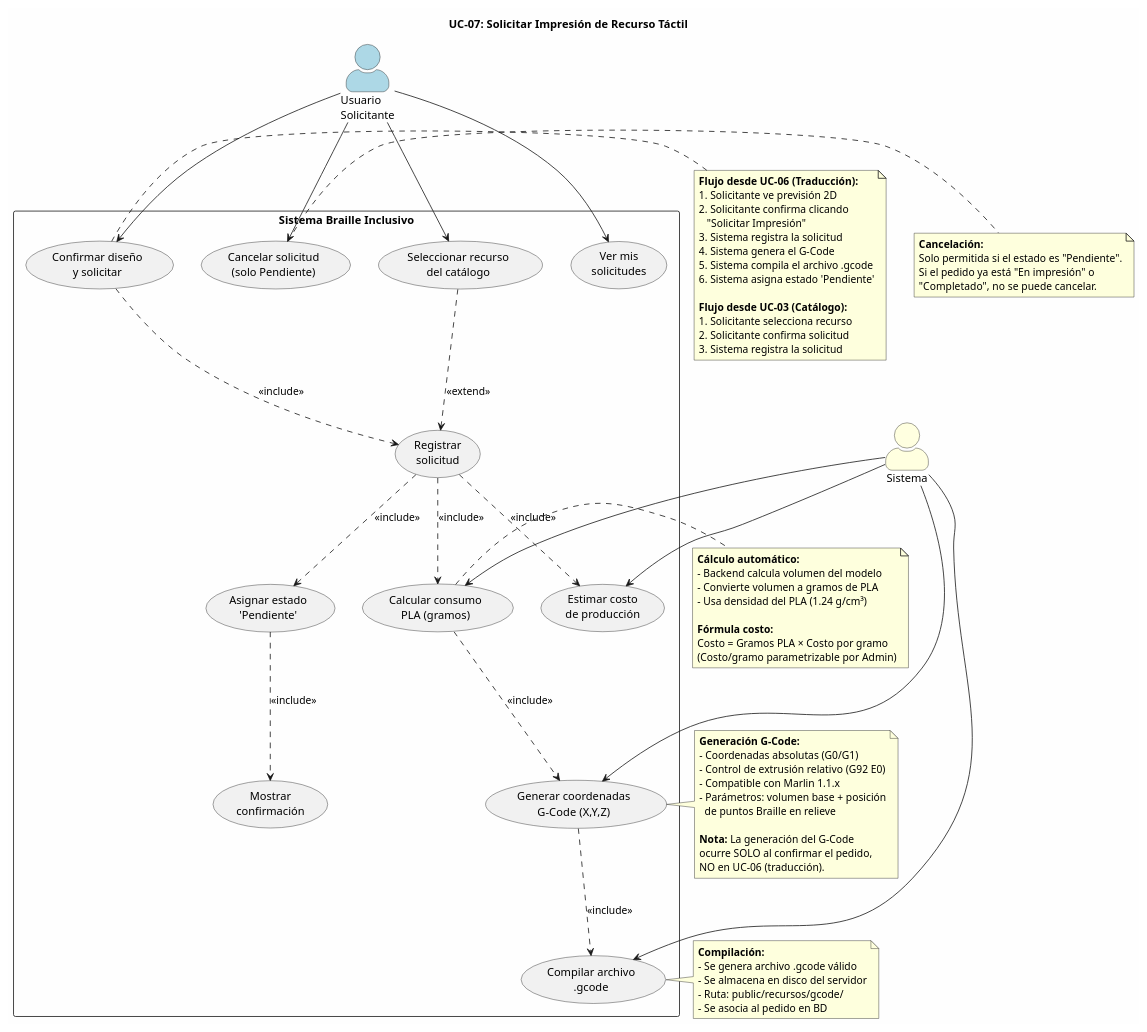
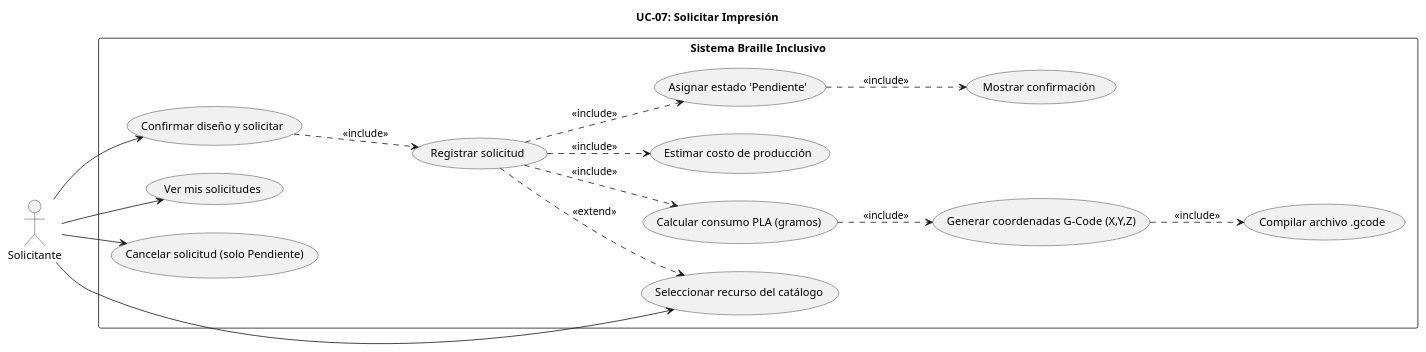
The diagram in docs/casos_de_uso/plantuml/UC07_solicitar_impresion.puml (ArlTechDev/sistema-3d-inclusivo), drawn with PlantUML before and after one commit. The commit also changed 53 other files, not shown here.

Commit message:
docs(casos): diagramas UML 2.5 académicos B/N (extend corregido, sin actor Sistema, escenarios fuera) + PNG/SVG

```diff
--- a/docs/casos_de_uso/plantuml/UC07_solicitar_impresion.puml
+++ b/docs/casos_de_uso/plantuml/UC07_solicitar_impresion.puml
@@ -1,113 +1,40 @@
 @startuml UC07_Solicitar_Impresion
-' =============================================
-' UC-07: Solicitar Impresión
-' Módulo 3: Gestión de Pedidos y Costos de Producción
-' Actor: Solicitante
-' =============================================
+title UC-07: Solicitar Impresión
 
-skinparam actorStyle awesome
-skinparam packageStyle rectangle
-skinparam backgroundColor #FEFEFE
+skinparam monochrome true
 skinparam shadowing false
+skinparam backgroundColor white
 
-title UC-07: Solicitar Impresión de Recurso Táctil
+left to right direction
 
-' === ACTORES ===
-actor "Usuario\nSolicitante" as S #LightBlue
-actor "Sistema" as SYS #LightYellow
+actor "Solicitante" as S
 
-' === SISTEMA ===
 rectangle "Sistema Braille Inclusivo" {
-
-    usecase "Confirmar diseño\ny solicitar" as UC07a
-    usecase "Seleccionar recurso\ndel catálogo" as UC07b
-    usecase "Registrar\nsolicitud" as UC07c
-    usecase "Calcular consumo\nPLA (gramos)" as UC07d
-    usecase "Estimar costo\nde producción" as UC07e
-    usecase "Generar coordenadas\nG-Code (X,Y,Z)" as UC07f
-    usecase "Compilar archivo\n.gcode" as UC07g
-    usecase "Asignar estado\n'Pendiente'" as UC07h
-    usecase "Mostrar\nconfirmación" as UC07i
-    usecase "Ver mis\nsolicitudes" as UC07j
-    usecase "Cancelar solicitud\n(solo Pendiente)" as UC07k
-
+    usecase "Confirmar diseño y solicitar" as UC07a
+    usecase "Seleccionar recurso del catálogo" as UC07b
+    usecase "Registrar solicitud" as UC07c
+    usecase "Calcular consumo PLA (gramos)" as UC07d
+    usecase "Estimar costo de producción" as UC07e
+    usecase "Generar coordenadas G-Code (X,Y,Z)" as UC07f
+    usecase "Compilar archivo .gcode" as UC07g
+    usecase "Asignar estado 'Pendiente'" as UC07h
+    usecase "Mostrar confirmación" as UC07i
+    usecase "Ver mis solicitudes" as UC07j
+    usecase "Cancelar solicitud (solo Pendiente)" as UC07k
 }
 
-' === CONEXIONES ===
 S --> UC07a
 S --> UC07b
 S --> UC07j
 S --> UC07k
 
 UC07a ..> UC07c : <<include>>
 UC07c ..> UC07d : <<include>>
 UC07c ..> UC07e : <<include>>
 UC07d ..> UC07f : <<include>>
 UC07f ..> UC07g : <<include>>
 UC07c ..> UC07h : <<include>>
 UC07h ..> UC07i : <<include>>
-
-UC07b ..> UC07c : <<extend>>
-
-SYS --> UC07d
-SYS --> UC07e
-SYS --> UC07f
-SYS --> UC07g
-
-' === NOTAS ===
-note right of UC07a
-  **Flujo desde UC-06 (Traducción):**
-  1. Solicitante ve previsión 2D
-  2. Solicitante confirma clicando
-     "Solicitar Impresión"
-  3. Sistema registra la solicitud
-  4. Sistema genera el G-Code
-  5. Sistema compila el archivo .gcode
-  6. Sistema asigna estado 'Pendiente'
-
-  **Flujo desde UC-03 (Catálogo):**
-  1. Solicitante selecciona recurso
-  2. Solicitante confirma solicitud
-  3. Sistema registra la solicitud
-end note
-
-note right of UC07d
-  **Cálculo automático:**
-  - Backend calcula volumen del modelo
-  - Convierte volumen a gramos de PLA
-  - Usa densidad del PLA (1.24 g/cm³)
-
-  **Fórmula costo:**
-  Costo = Gramos PLA × Costo por gramo
-  (Costo/gramo parametrizable por Admin)
-end note
-
-note right of UC07f
-  **Generación G-Code:**
-  - Coordenadas absolutas (G0/G1)
-  - Control de extrusión relativo (G92 E0)
-  - Compatible con Marlin 1.1.x
-  - Parámetros: volumen base + posición
-    de puntos Braille en relieve
-
-  **Nota:** La generación del G-Code
-  ocurre SOLO al confirmar el pedido,
-  NO en UC-06 (traducción).
-end note
-
-note right of UC07g
-  **Compilación:**
-  - Se genera archivo .gcode válido
-  - Se almacena en disco del servidor
-  - Ruta: public/recursos/gcode/
-  - Se asocia al pedido en BD
-end note
-
-note right of UC07k
-  **Cancelación:**
-  Solo permitida si el estado es "Pendiente".
-  Si el pedido ya está "En impresión" o
-  "Completado", no se puede cancelar.
-end note
+UC07c ..> UC07b : <<extend>>
 
 @enduml
```
